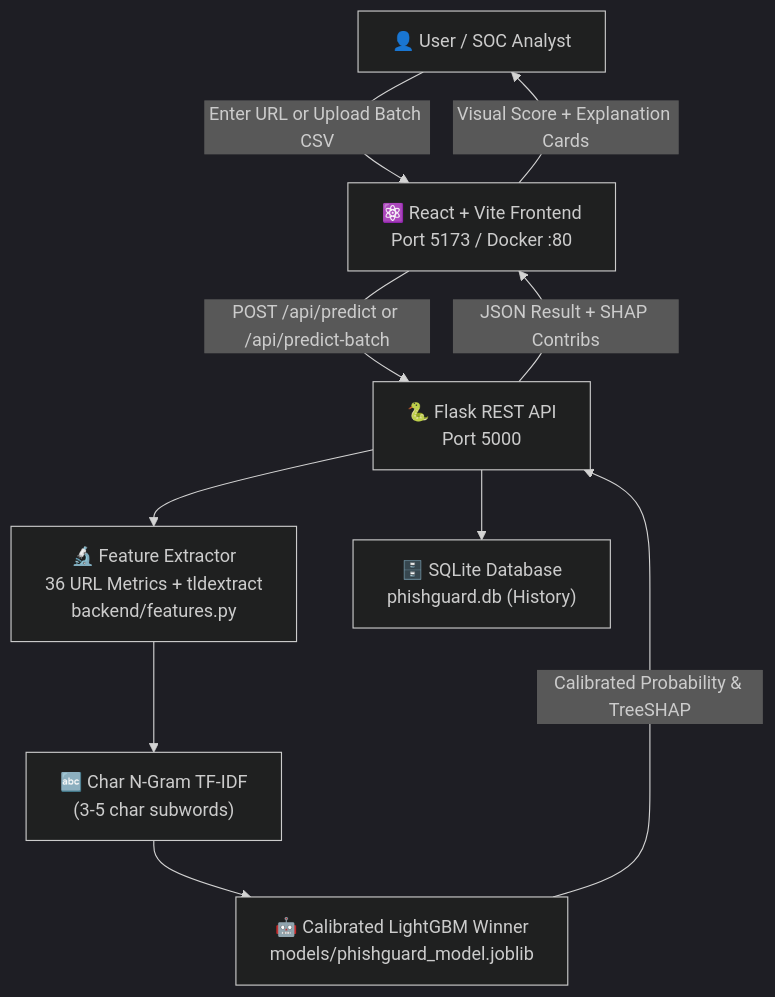
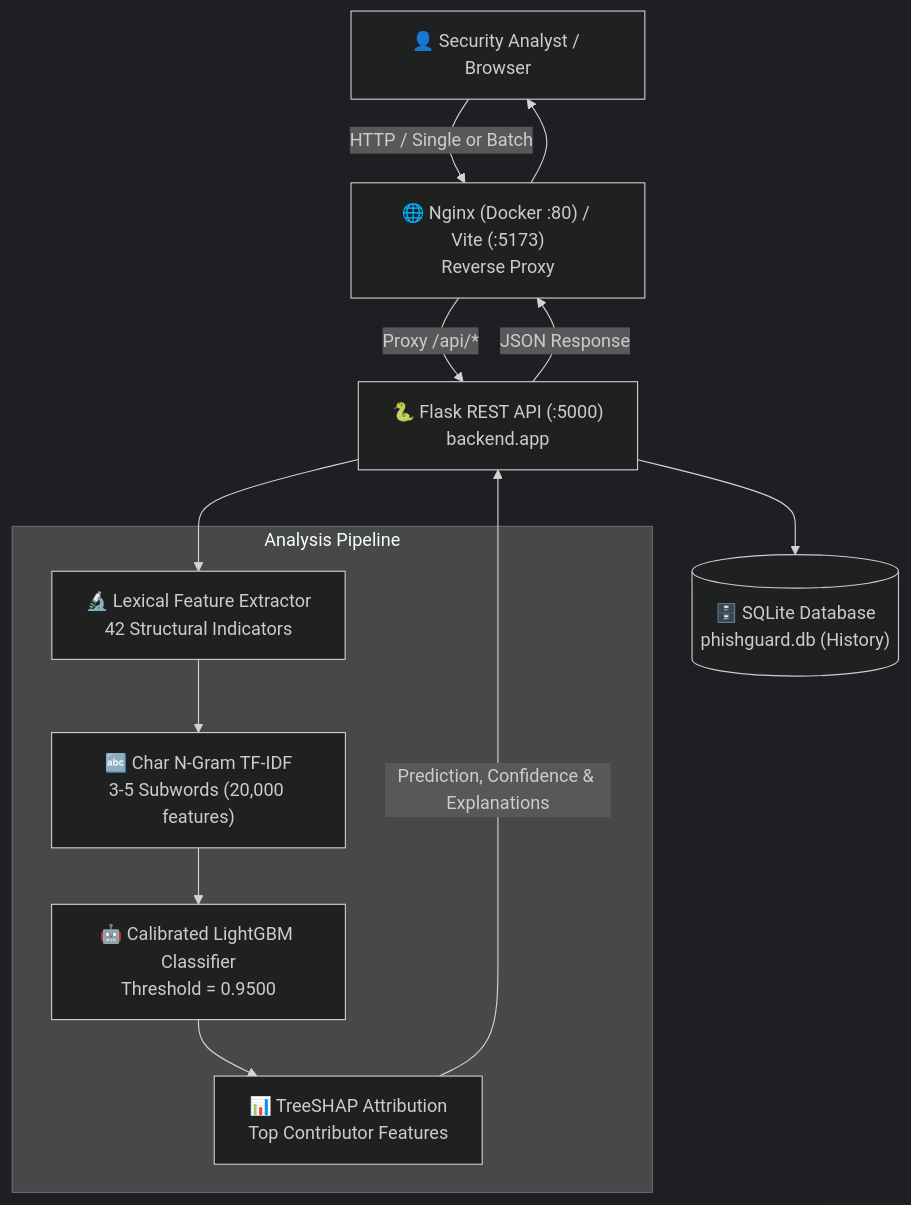
One commit to nandanrupesh739/Phishing-Website-Detection changed the diagram in README.md. Above: the diagram before and after it, drawn with Mermaid (dark theme). The commit also changed other lines of this file and 1 other file, not shown here.

````diff
--- a/README.md
+++ b/README.md
@@ -37,20 +101,26 @@
 ```mermaid
 flowchart TD
-    User["👤 User / SOC Analyst"]
-    Frontend["⚛️ React + Vite Frontend\nPort 5173 / Docker :80"]
-    Backend["🐍 Flask REST API\nPort 5000"]
-    Features["🔬 Feature Extractor\n36 URL Metrics + tldextract\nbackend/features.py"]
-    Vectorizer["🔤 Char N-Gram TF-IDF\n(3-5 char subwords)"]
-    Model["🤖 Calibrated LightGBM Winner\nmodels/phishguard_model.joblib"]
-    DB["🗄️ SQLite Database\nphishguard.db (History)"]
+    User["👤 Security Analyst / Browser"]
+    Nginx["🌐 Nginx (Docker :80) / Vite (:5173)\nReverse Proxy"]
+    Flask["🐍 Flask REST API (:5000)\nbackend.app"]
+    
+    subgraph Analysis Pipeline
+        Extractor["🔬 Lexical Feature Extractor\n42 Structural Indicators"]
+        TFIDF["🔤 Char N-Gram TF-IDF\n3-5 Subwords (20,000 features)"]
+        Model["🤖 Calibrated LightGBM Classifier\nThreshold = 0.9500"]
+        SHAP["📊 TreeSHAP Attribution\nTop Contributor Features"]
+    end
 
-    User -->|"Enter URL or Upload Batch CSV"| Frontend
-    Frontend -->|"POST /api/predict or /api/predict-batch"| Backend
-    Backend --> Features
-    Features --> Vectorizer
-    Vectorizer --> Model
-    Model -->|"Calibrated Probability & TreeSHAP"| Backend
-    Backend --> DB
-    Backend -->|"JSON Result + SHAP Contribs"| Frontend
-    Frontend -->|"Visual Score + Explanation Cards"| User
+    SQLite[("🗄️ SQLite Database\nphishguard.db (History)")]
+
+    User -->|"HTTP / Single or Batch"| Nginx
+    Nginx -->|"Proxy /api/*"| Flask
+    Flask --> Extractor
+    Extractor --> TFIDF
+    TFIDF --> Model
+    Model --> SHAP
+    Flask --> SQLite
+    SHAP -->|"Prediction, Confidence & Explanations"| Flask
+    Flask -->|"JSON Response"| Nginx
+    Nginx --> User
 ```
````
